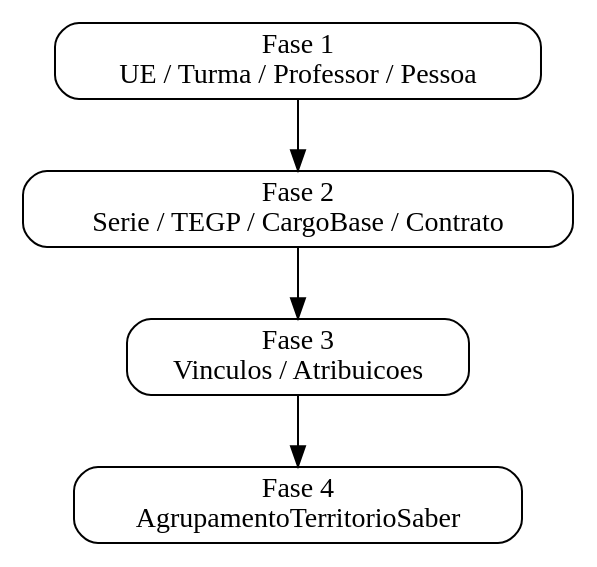
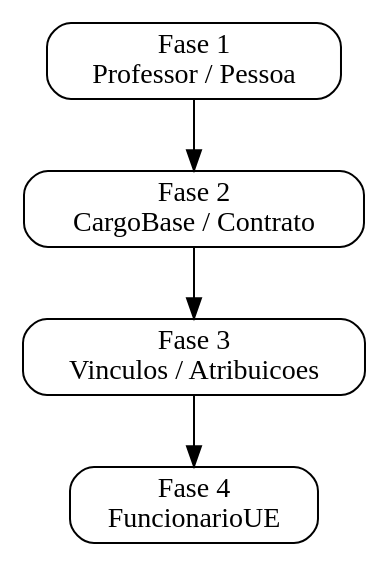
Before and after one commit to prefeiturasp/SME-IntegracaoEOL-MS-ETL: the diagram in docs/dominios/professores/visao_geral.md, drawn with Graphviz. The commit also changed other lines of this file and 6 other files, not shown here.

````diff
--- a/docs/dominios/professores/visao_geral.md
+++ b/docs/dominios/professores/visao_geral.md
@@ -55,13 +50,13 @@
 ```{graphviz}
 digraph G {
     rankdir=TB;
     node [shape=box, style="rounded"];
 
-    F1 [label="Fase 1\nUE / Turma / Professor / Pessoa"];
-    F2 [label="Fase 2\nSerie / TEGP / CargoBase / Contrato"];
+    F1 [label="Fase 1\nProfessor / Pessoa"];
+    F2 [label="Fase 2\nCargoBase / Contrato"];
     F3 [label="Fase 3\nVinculos / Atribuicoes"];
-    F4 [label="Fase 4\nAgrupamentoTerritorioSaber"];
+    F4 [label="Fase 4\nFuncionarioUE"];
 
     F1 -> F2 -> F3 -> F4;
 }
 ```
````
